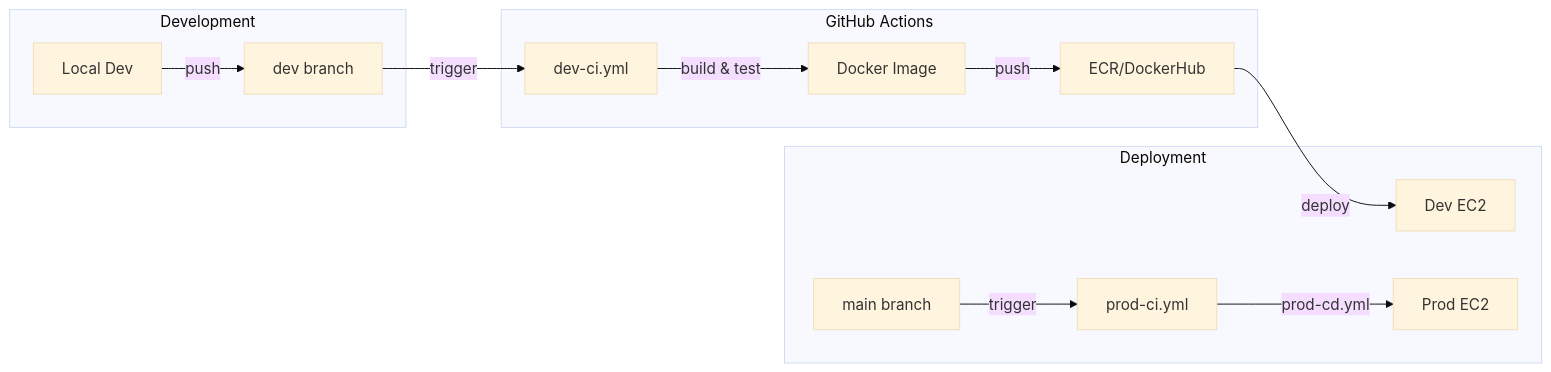
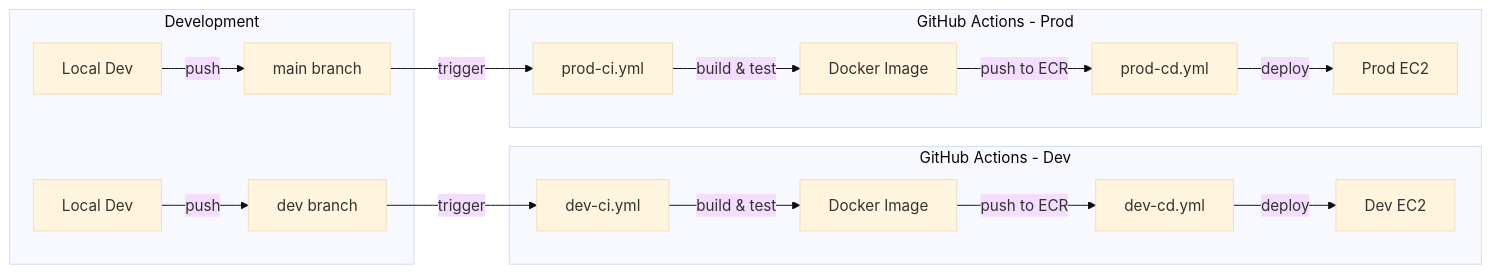
The first of 2 diagrams in README.md (gguip1/wepick-be), drawn with Mermaid (base theme) before and after one commit. The commit also changed other lines of this file and 5 other files, not shown here.

````diff
--- a/README.md
+++ b/README.md
@@ -68,18 +68,21 @@
 ```mermaid
 flowchart LR
     subgraph "Development"
         A[Local Dev] -->|push| B[dev branch]
+        G[Local Dev] -->|push| H[main branch]
     end
 
-    subgraph "GitHub Actions"
+    subgraph "GitHub Actions - Dev"
         B -->|trigger| C[dev-ci.yml]
         C -->|build & test| D[Docker Image]
-        D -->|push| E[ECR/DockerHub]
+        D -->|push to ECR| E[dev-cd.yml]
+        E -->|deploy| F[Dev EC2]
     end
 
-    subgraph "Deployment"
-        E -->|deploy| F[Dev EC2]
-        G[main branch] -->|trigger| H[prod-ci.yml]
-        H -->|prod-cd.yml| I[Prod EC2]
+    subgraph "GitHub Actions - Prod"
+        H -->|trigger| I[prod-ci.yml]
+        I -->|build & test| J[Docker Image]
+        J -->|push to ECR| K[prod-cd.yml]
+        K -->|deploy| L[Prod EC2]
     end
 ```
````
